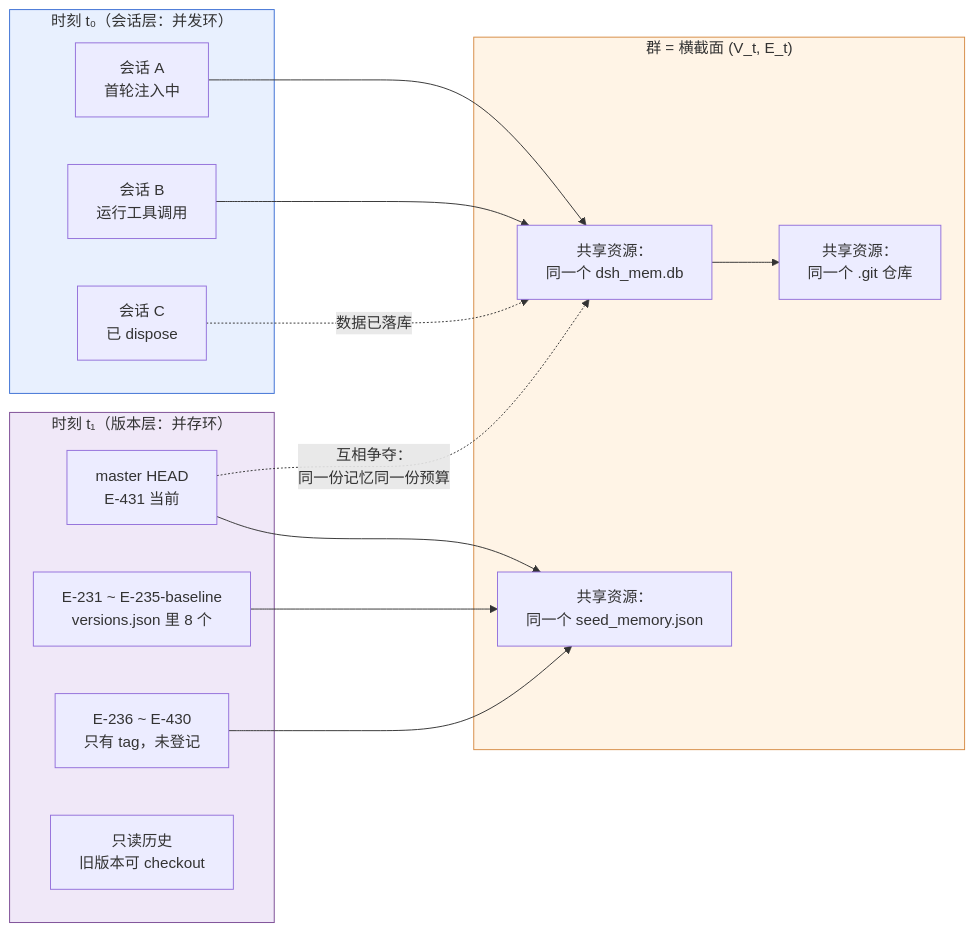
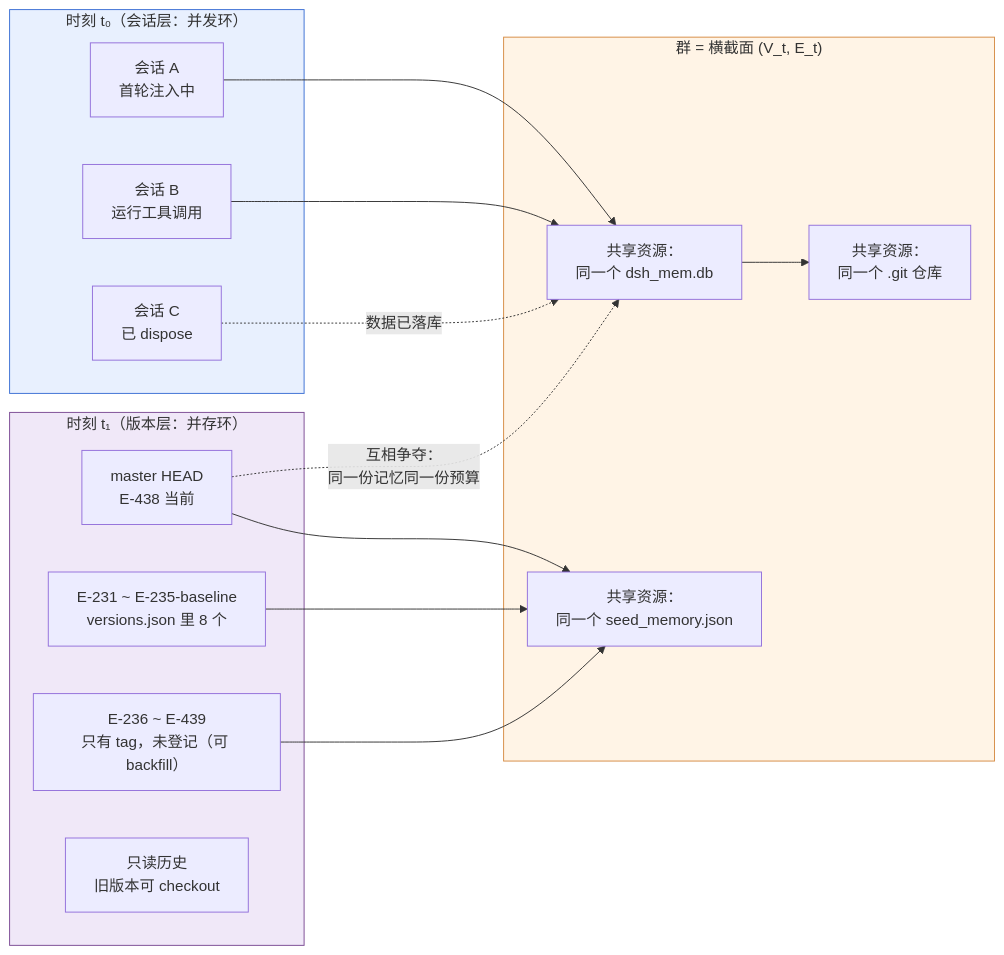
Before and after one commit to Roxy-DD/fatfish-heart: the fifth of 8 diagrams in docs/78 生命周期图-环管群.md, drawn with Mermaid. The commit also changed other lines of this file and 17 other files, not shown here.

````diff
--- a/docs/78 生命周期图-环管群.md
+++ b/docs/78 生命周期图-环管群.md
@@ -190,34 +190,34 @@
 ```mermaid
 flowchart LR
     subgraph T0["时刻 t₀（会话层：并发环）"]
         S1["会话 A<br/>首轮注入中"]
         S2["会话 B<br/>运行工具调用"]
         S3["会话 C<br/>已 dispose"]
     end
 
     subgraph T1["时刻 t₁（版本层：并存环）"]
-        G1["master HEAD<br/>E-431 当前"]
+        G1["master HEAD<br/>E-438 当前"]
         G2["E-231 ~ E-235-baseline<br/>versions.json 里 8 个"]
-        G3["E-236 ~ E-430<br/>只有 tag，未登记"]
+        G3["E-236 ~ E-439<br/>只有 tag，未登记（可 backfill）"]
         G4["只读历史<br/>旧版本可 checkout"]
     end
 
     subgraph NET["群 = 横截面 (V_t, E_t)"]
         N1["共享资源：<br/>同一个 dsh_mem.db"]
         N2["共享资源：<br/>同一个 seed_memory.json"]
         N3["共享资源：<br/>同一个 .git 仓库"]
     end
 
     S1 --> N1
     S2 --> N1
     S3 -.->|"数据已落库"| N1
     G1 --> N2
     G2 --> N2
     G3 --> N2
     N1 --> N3
     G1 -.->|"互相争夺：<br/>同一份记忆同一份预算"| N1
 
     style NET fill:#fff4e6,stroke:#d68c45
     style T0 fill:#e8f0fe,stroke:#3b6fd4
     style T1 fill:#f0e8f8,stroke:#7b4b94
 ```
````
